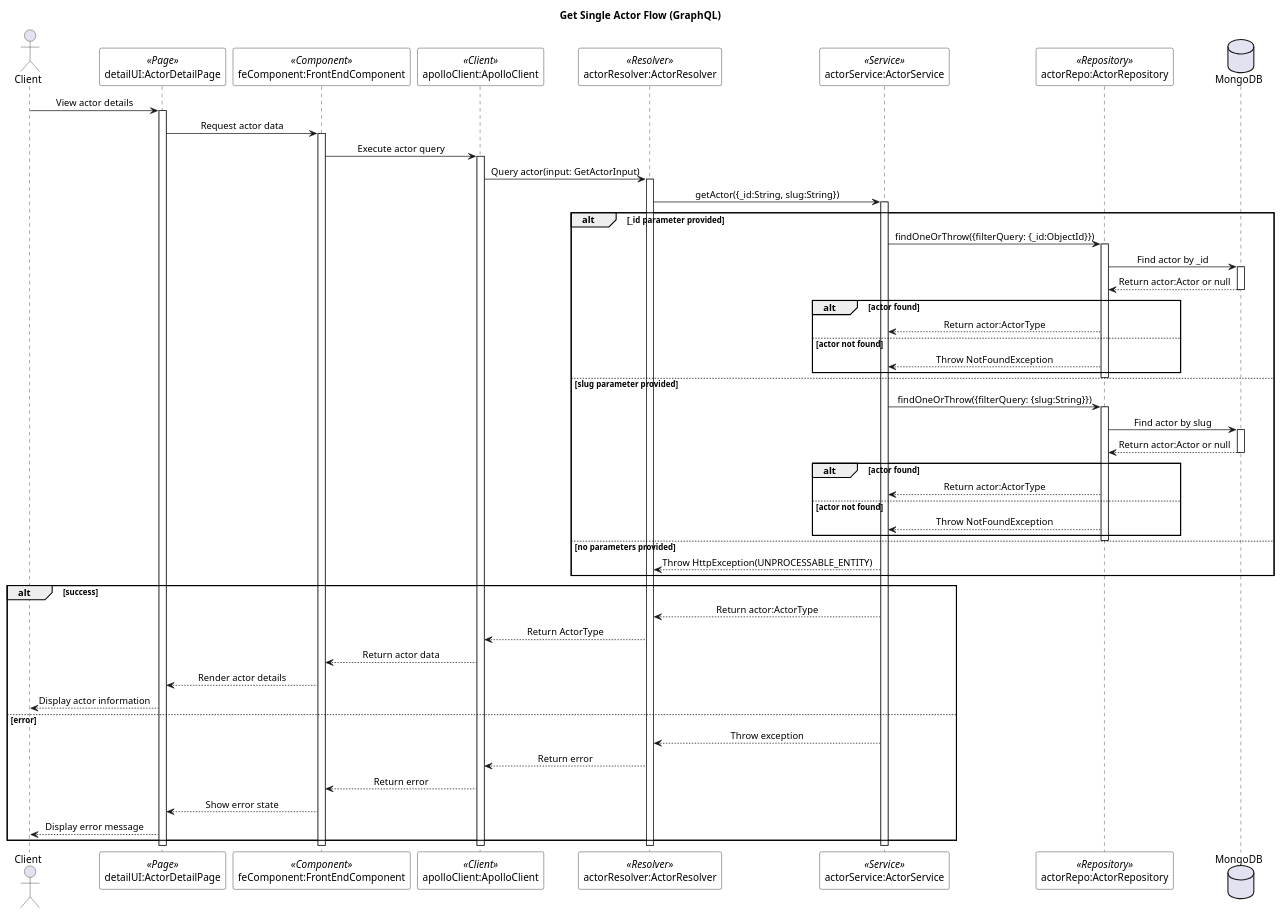
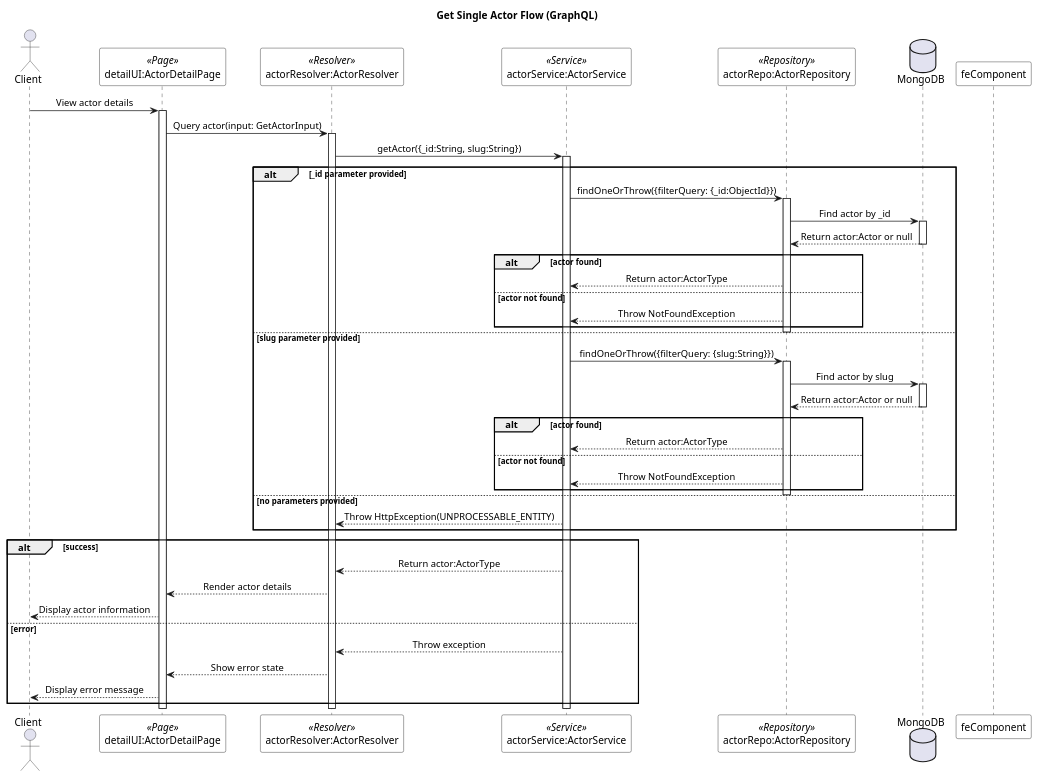
Before and after one commit to lehuygiang28/vphim: the diagram in documents/diagram/sequences/actors/get-single-actor.puml, drawn with PlantUML. The commit also changed 4 other files, not shown here.

First line of the commit message:
refactor(diagrams/sequences/actors): 🛠️ update sequence diagrams for actor flows

```diff
--- a/documents/diagram/sequences/actors/get-single-actor.puml
+++ b/documents/diagram/sequences/actors/get-single-actor.puml
@@ -1,90 +1,79 @@
 @startuml Get Single Actor Flow
 
 skinparam SequenceMessageAlignment center
 skinparam SequenceBoxBackgroundColor white
 skinparam SequenceBoxBorderColor black
 skinparam NoteBackgroundColor lightyellow
 skinparam NoteBorderColor black
 skinparam ParticipantBackgroundColor white
 skinparam ParticipantBorderColor black
 
 title Get Single Actor Flow (GraphQL)
 
 actor "Client" as appClient
 participant "detailUI:ActorDetailPage" as detailUI <<Page>>
-participant "feComponent:FrontEndComponent" as feComponent <<Component>>
-participant "apolloClient:ApolloClient" as apolloClient <<Client>>
 participant "actorResolver:ActorResolver" as actorResolver <<Resolver>>
 participant "actorService:ActorService" as actorService <<Service>>
 participant "actorRepo:ActorRepository" as actorRepo <<Repository>>
 database "MongoDB" as mongoDB
 
 appClient -> detailUI : View actor details
 activate detailUI
-detailUI -> feComponent : Request actor data
-activate feComponent
-feComponent -> apolloClient : Execute actor query
-activate apolloClient
-apolloClient -> actorResolver : Query actor(input: GetActorInput)
+detailUI -> actorResolver : Query actor(input: GetActorInput)
 activate actorResolver
 
 actorResolver -> actorService : getActor({_id:String, slug:String})
 activate actorService
 
 alt _id parameter provided
     actorService -> actorRepo : findOneOrThrow({filterQuery: {_id:ObjectId}})
     activate actorRepo
 
     actorRepo -> mongoDB : Find actor by _id
     activate mongoDB
     mongoDB --> actorRepo : Return actor:Actor or null
     deactivate mongoDB
 
     alt actor found
         actorRepo --> actorService : Return actor:ActorType
     else actor not found
         actorRepo --> actorService : Throw NotFoundException
     end
 
     deactivate actorRepo
 else slug parameter provided
     actorService -> actorRepo : findOneOrThrow({filterQuery: {slug:String}})
     activate actorRepo
 
     actorRepo -> mongoDB : Find actor by slug
     activate mongoDB
     mongoDB --> actorRepo : Return actor:Actor or null
     deactivate mongoDB
 
     alt actor found
         actorRepo --> actorService : Return actor:ActorType
     else actor not found
         actorRepo --> actorService : Throw NotFoundException
     end
 
     deactivate actorRepo
 else no parameters provided
     actorService --> actorResolver : Throw HttpException(UNPROCESSABLE_ENTITY)
 end
 
 alt success
     actorService --> actorResolver : Return actor:ActorType
-    actorResolver --> apolloClient : Return ActorType
-    apolloClient --> feComponent : Return actor data
-    feComponent --> detailUI : Render actor details
+    actorResolver --> detailUI : Render actor details
     detailUI --> appClient : Display actor information
 else error
     actorService --> actorResolver : Throw exception
-    actorResolver --> apolloClient : Return error
-    apolloClient --> feComponent : Return error
-    feComponent --> detailUI : Show error state
+    actorResolver --> detailUI : Show error state
     detailUI --> appClient : Display error message
 end
 
 deactivate actorService
 deactivate actorResolver
-deactivate apolloClient
 deactivate feComponent
 deactivate detailUI
 
 @enduml
```
